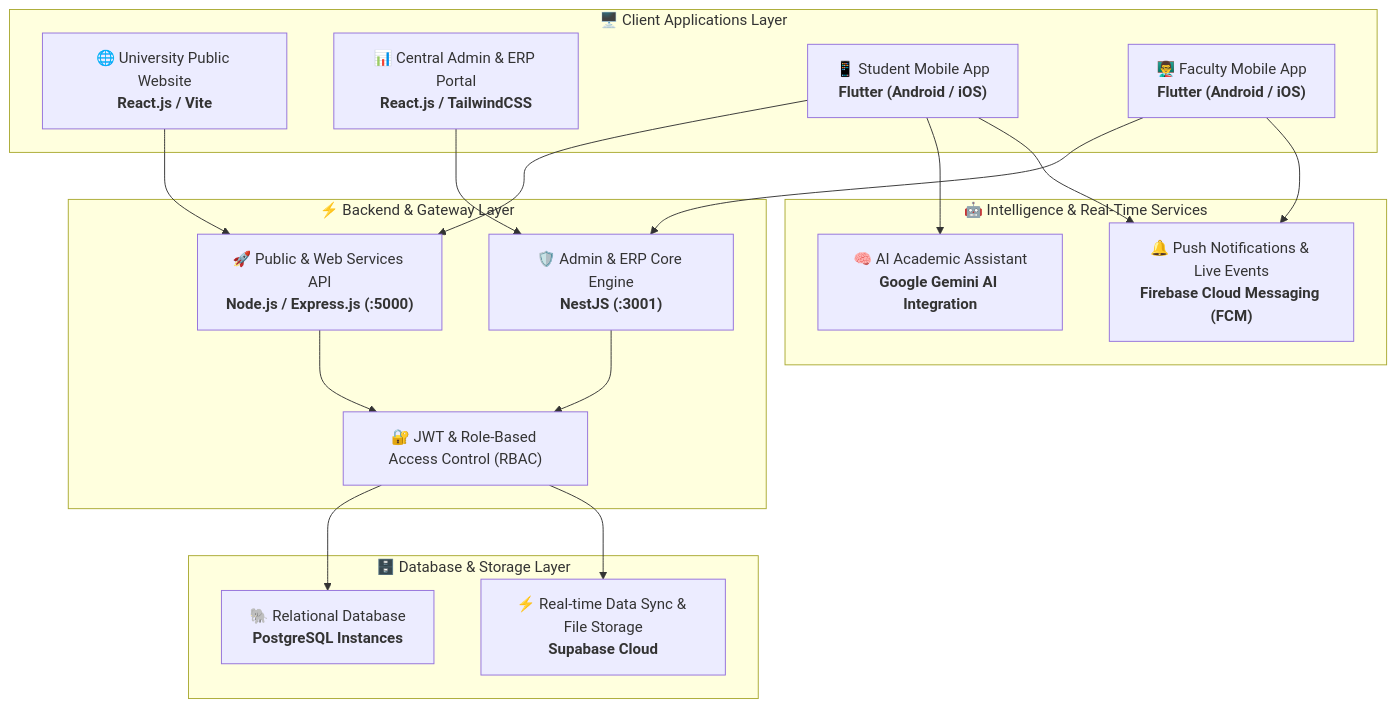
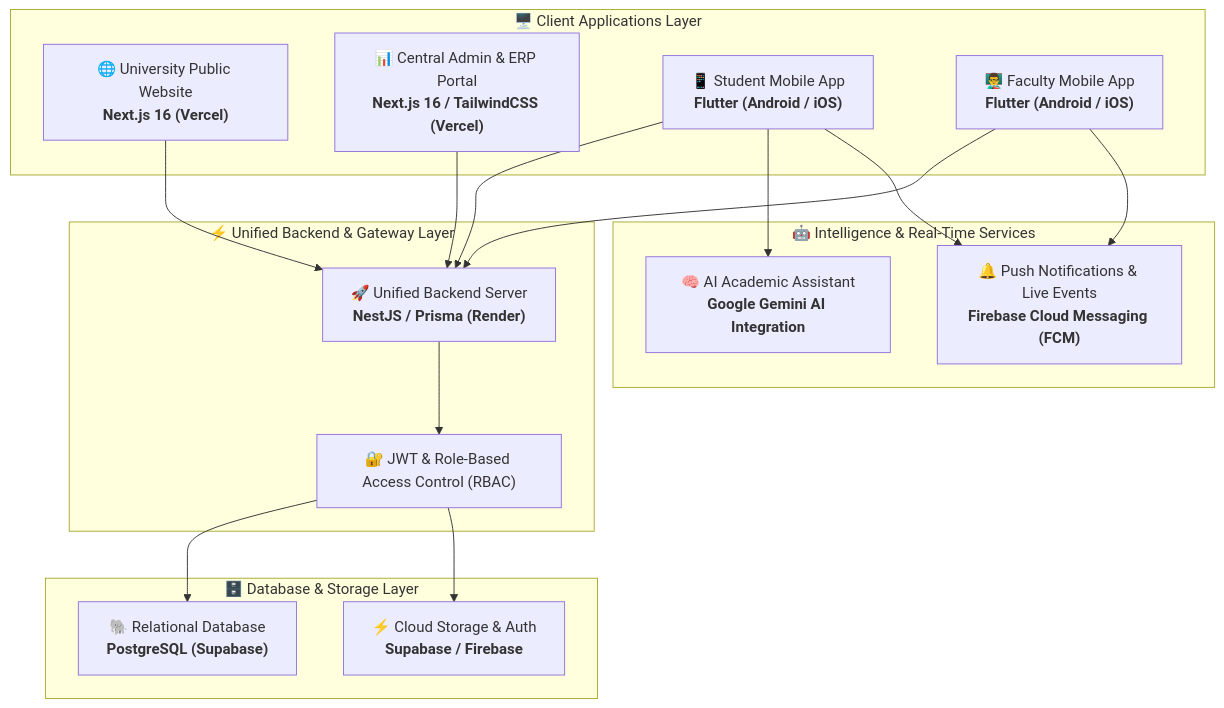
Before and after one commit to mahfuj735/nubtk_automation: the diagram in README.md, drawn with Mermaid. The commit also changed other lines of this file, not shown here.

````diff
--- a/README.md
+++ b/README.md
@@ -119,38 +144,36 @@
 ```mermaid
 graph TD
     subgraph Client_Layer["🖥️ Client Applications Layer"]
-        web["🌐 University Public Website<br/><b>React.js / Vite</b>"]
-        admin["📊 Central Admin & ERP Portal<br/><b>React.js / TailwindCSS</b>"]
+        web["🌐 University Public Website<br/><b>Next.js 16 (Vercel)</b>"]
+        admin["📊 Central Admin & ERP Portal<br/><b>Next.js 16 / TailwindCSS (Vercel)</b>"]
         student_app["📱 Student Mobile App<br/><b>Flutter (Android / iOS)</b>"]
         faculty_app["👨‍🏫 Faculty Mobile App<br/><b>Flutter (Android / iOS)</b>"]
     end
 
-    subgraph API_Layer["⚡ Backend & Gateway Layer"]
-        web_api["🚀 Public & Web Services API<br/><b>Node.js / Express.js (:5000)</b>"]
-        admin_api["🛡️ Admin & ERP Core Engine<br/><b>NestJS (:3001)</b>"]
+    subgraph API_Layer["⚡ Unified Backend & Gateway Layer"]
+        unified_api["🚀 Unified Backend Server<br/><b>NestJS / Prisma (Render)</b>"]
         auth["🔐 JWT & Role-Based Access Control (RBAC)"]
     end
 
     subgraph Intelligence_Layer["🤖 Intelligence & Real-Time Services"]
         ai_assistant["🧠 AI Academic Assistant<br/><b>Google Gemini AI Integration</b>"]
         fcm["🔔 Push Notifications & Live Events<br/><b>Firebase Cloud Messaging (FCM)</b>"]
     end
 
     subgraph Data_Layer["🗄️ Database & Storage Layer"]
-        pg["🐘 Relational Database<br/><b>PostgreSQL Instances</b>"]
-        supa["⚡ Real-time Data Sync & File Storage<br/><b>Supabase Cloud</b>"]
+        pg["🐘 Relational Database<br/><b>PostgreSQL (Supabase)</b>"]
+        supa["⚡ Cloud Storage & Auth<br/><b>Supabase / Firebase</b>"]
     end
 
-    web --> web_api
-    admin --> admin_api
-    student_app --> web_api
+    web --> unified_api
+    admin --> unified_api
+    student_app --> unified_api
     student_app --> ai_assistant
     student_app --> fcm
-    faculty_app --> admin_api
+    faculty_app --> unified_api
     faculty_app --> fcm
 
-    web_api --> auth
-    admin_api --> auth
+    unified_api --> auth
     auth --> pg
     auth --> supa
 ```
````
